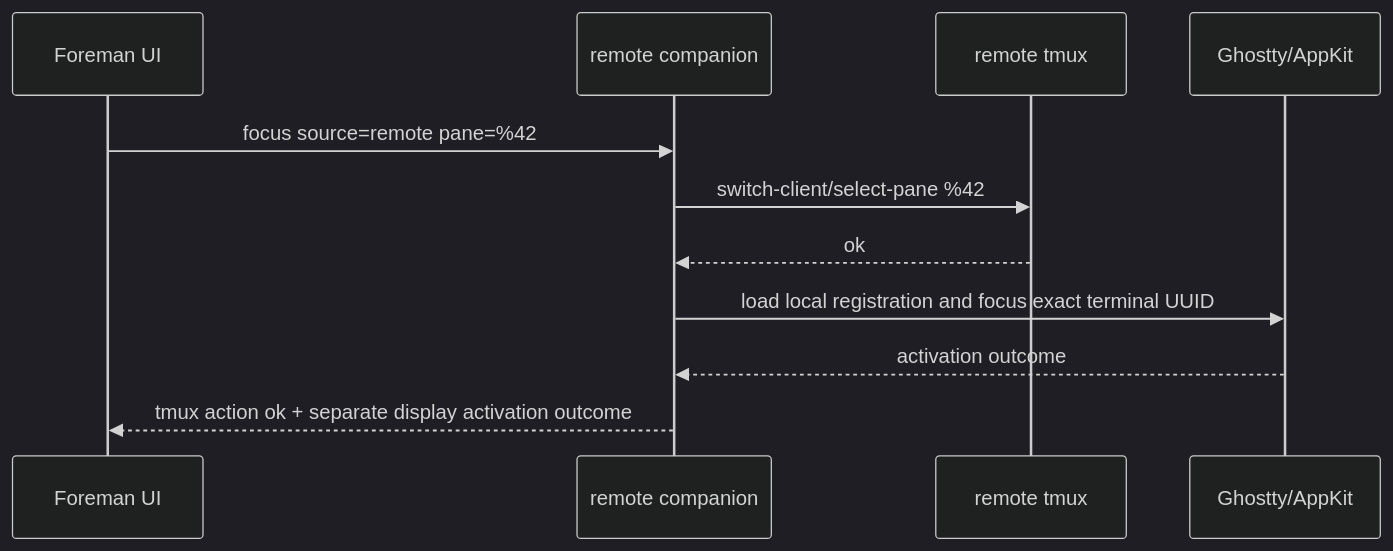
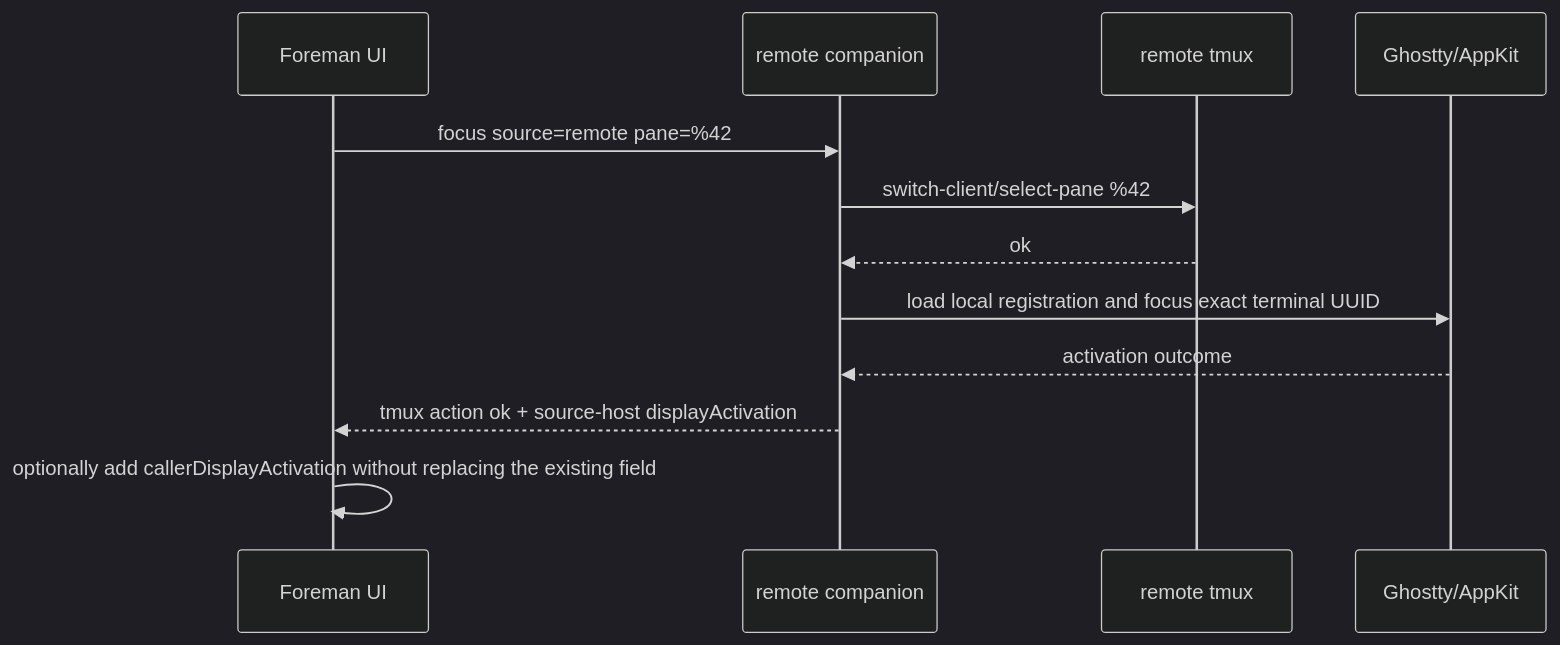
The eighth of 8 diagrams in docs/decisions/0004-source-companion-relay.md (safurrier/foreman), drawn with Mermaid (dark theme) before and after one commit. The commit also changed other lines of this file and 14 other files, not shown here.

Commit message:
Fix display activation review findings

````diff
--- a/docs/decisions/0004-source-companion-relay.md
+++ b/docs/decisions/0004-source-companion-relay.md
@@ -490,14 +490,15 @@
 ```mermaid
 sequenceDiagram
     participant UI as Foreman UI
     participant Companion as remote companion
     participant Tmux as remote tmux
     participant Display as Ghostty/AppKit
 
     UI->>Companion: focus source=remote pane=%42
     Companion->>Tmux: switch-client/select-pane %42
     Tmux-->>Companion: ok
     Companion->>Display: load local registration and focus exact terminal UUID
     Display-->>Companion: activation outcome
-    Companion-->>UI: tmux action ok + separate display activation outcome
+    Companion-->>UI: tmux action ok + source-host displayActivation
+    UI->>UI: optionally add callerDisplayActivation without replacing the existing field
 ```
````
